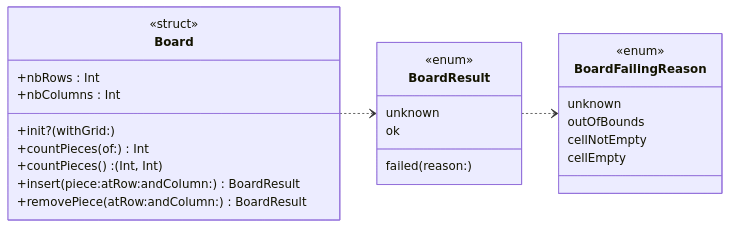
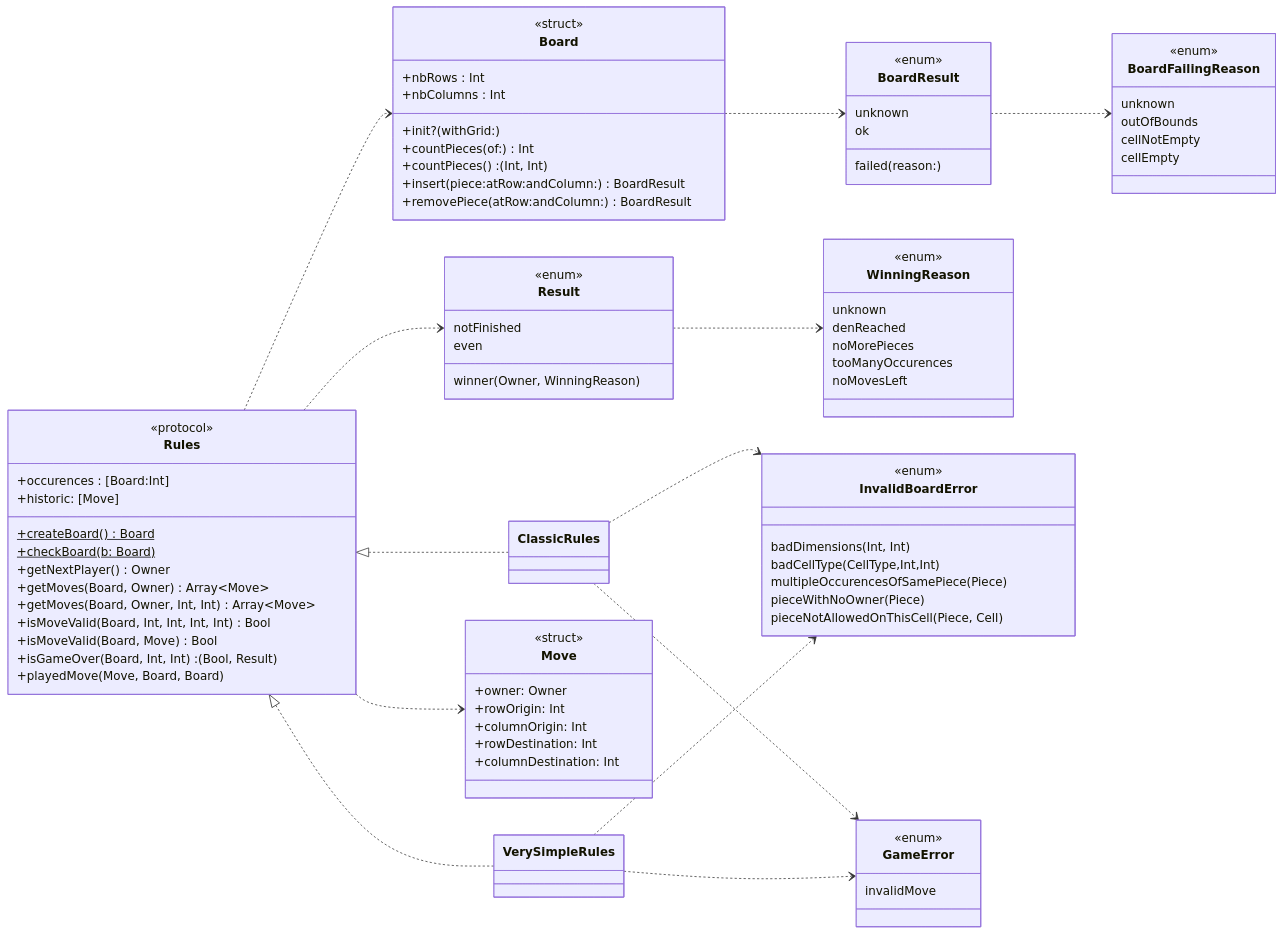
Before and after one commit to LucieB-coder/DouShouQi-Swift-Game: the diagram in README.md, drawn with Mermaid. The commit also changed other lines of this file, not shown here.

````diff
--- a/README.md
+++ b/README.md
@@ -88,5 +78,70 @@
 	
 	Board ..> BoardResult
 	BoardResult ..> BoardFailingReason
+
+	class Rules {
+	    <<protocol>>
+	    +createBoard()$ Board
+	    +checkBoard(b: Board)$
+	    +getNextPlayer() Owner
+	    +getMoves(Board, Owner) Array~Move~
+	    +getMoves(Board, Owner, Int, Int) Array~Move~
+	    +isMoveValid(Board, Int, Int, Int, Int) Bool
+	    +isMoveValid(Board, Move) Bool
+	    +isGameOver(Board, Int, Int) : (Bool, Result)  
+	    +playedMove(Move, Board, Board)
+	    +occurences : [Board:Int]
+	    +historic: [Move]
+	}
+	Rules <|.. ClassicRules
+	Rules <|.. VerySimpleRules
+	
+	class Move {
+	    <<struct>>
+	    +owner: Owner
+	    +rowOrigin: Int
+	    +columnOrigin: Int
+	    +rowDestination: Int
+	    +columnDestination: Int
+	}
+	
+	class Result {
+	    <<enum>>
+	    notFinished
+	    even
+	    winner(Owner, WinningReason)
+	}
+	class WinningReason {
+	    <<enum>>
+	    unknown
+	    denReached
+	    noMorePieces
+	    tooManyOccurences
+	    noMovesLeft
+	}
+	Result ..> WinningReason
+	Rules ..> Move
+	Rules ..> Result
+	Rules ..> Board
+	
+	class InvalidBoardError {
+	    <<enum>>
+	    badDimensions(Int, Int)
+	    badCellType(CellType,Int,Int)
+	    multipleOccurencesOfSamePiece(Piece)
+	    pieceWithNoOwner(Piece)
+	    pieceNotAllowedOnThisCell(Piece, Cell)
+	}
+	
+	ClassicRules ..> InvalidBoardError
+	VerySimpleRules ..> InvalidBoardError
+	
+	class GameError {
+	    <<enum>>
+	    invalidMove
+	}
+	
+	ClassicRules ..> GameError
+	VerySimpleRules ..> GameError
 	
 ```
````
